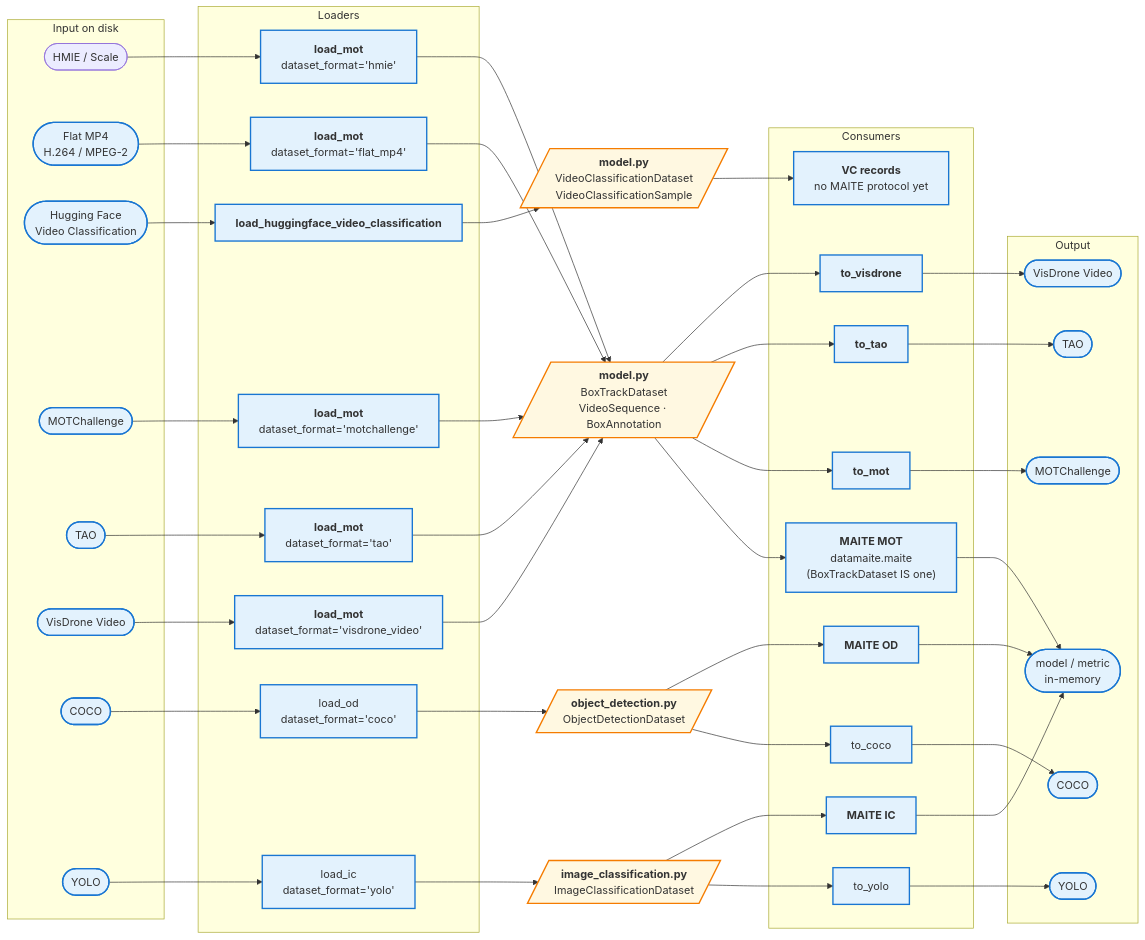
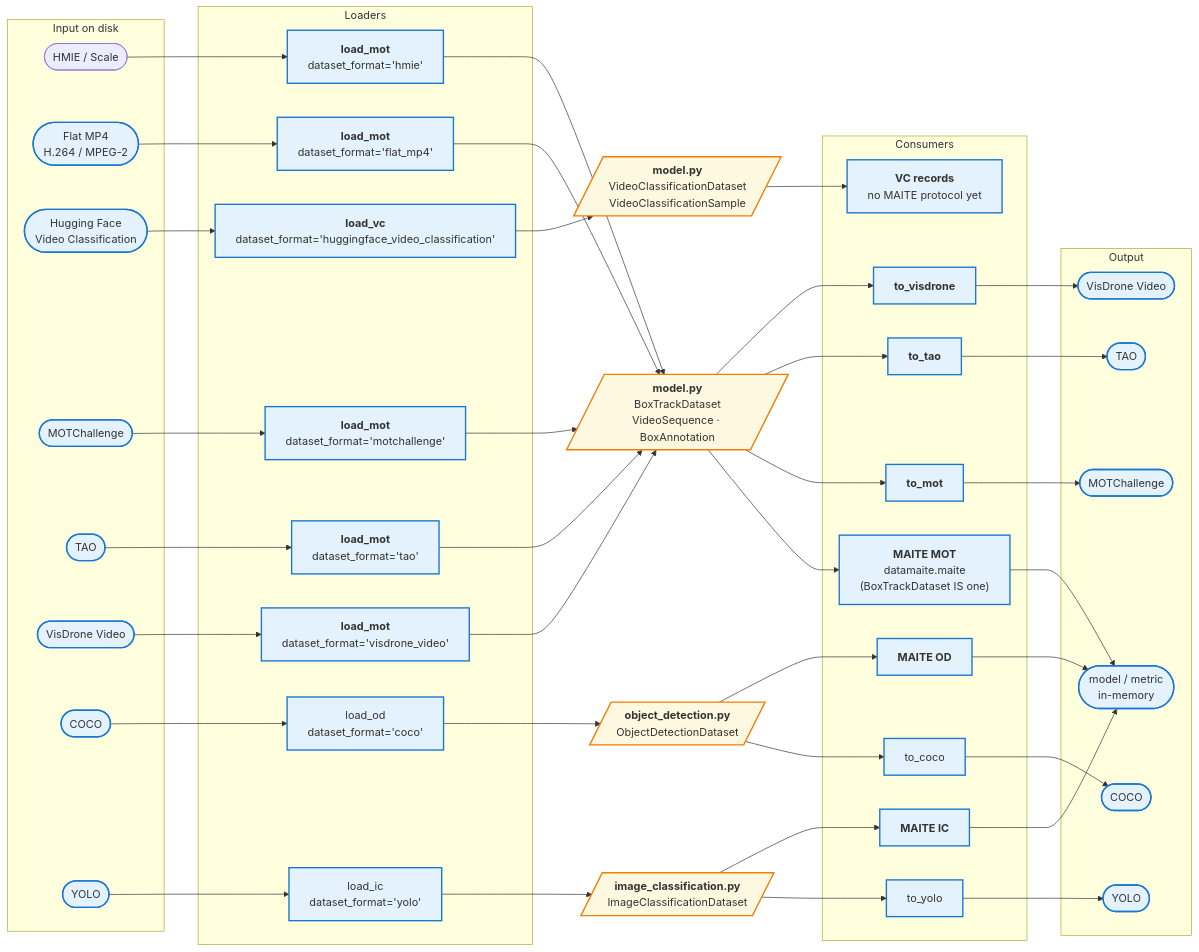
The first of 10 diagrams in docs/architecture.md (openteams-ai/datamaite), drawn with Mermaid before and after one commit. The commit also changed other lines of this file and 8 other files, not shown here.

Commit message:
Add task-first load_vc; demote load_huggingface_video_classification

```diff
--- a/docs/architecture.md
+++ b/docs/architecture.md
@@ -43,7 +43,7 @@
     subgraph loaders [Loaders]
         LH["<b>load_mot</b><br/>dataset_format='hmie'"]
         LF["<b>load_mot</b><br/>dataset_format='flat_mp4'"]
-        LHF["<b>load_huggingface_video_classification</b>"]
+        LHF["<b>load_vc</b><br/>dataset_format='huggingface_video_classification'"]
         LM["<b>load_mot</b><br/>dataset_format='motchallenge'"]
         LT["<b>load_mot</b><br/>dataset_format='tao'"]
         LV["<b>load_mot</b><br/>dataset_format='visdrone_video'"]
```
